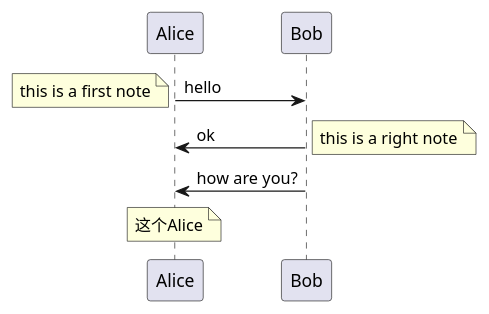
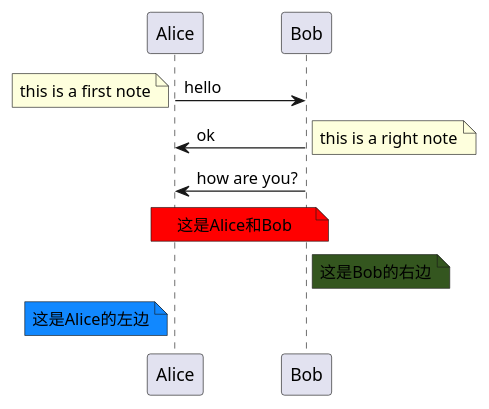
The diagram in note.puml (liuweiccy/puml), drawn with PlantUML before and after one commit. The commit also changed 7 other files, not shown here.

```diff
--- a/note.puml
+++ b/note.puml
@@ -1,11 +1,19 @@
 @startuml 注释
 Alice -> Bob : hello
 note left : this is a first note
 
 Bob -> Alice : ok
 note right : this is a right note
 
 Bob -> Alice : how are you?
 
-note over of Alice : 这个Alice
+note over  Alice, Bob #red 
+    这是Alice和Bob
+end note
+
+note right of Bob #34561f
+    这是Bob的右边
+end note
+
+note left of Alice #1188ff : 这是Alice的左边
 @enduml
```
